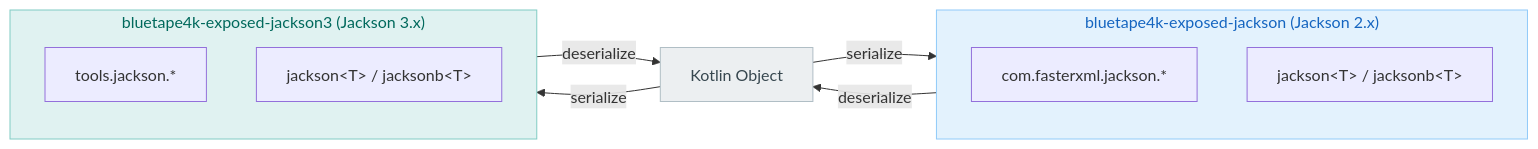
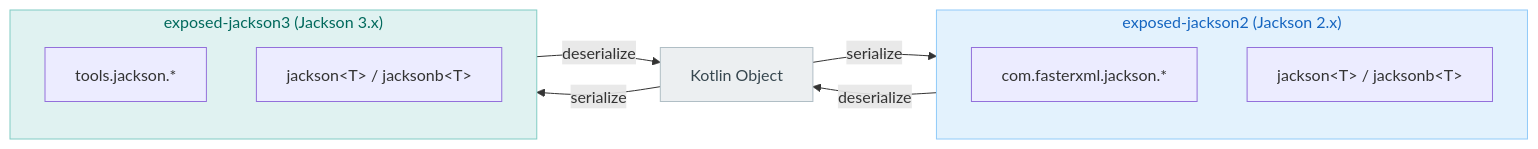
Before and after one commit to bluetape4k/bluetape4k-exposed: the third of 3 diagrams in exposed/exposed-jackson3/README.md, drawn with Mermaid. The commit also changed other lines of this file and 127 other files, not shown here.

````diff
--- a/exposed/exposed-jackson3/README.md
+++ b/exposed/exposed-jackson3/README.md
@@ -198,23 +198,23 @@
 ```mermaid
 flowchart LR
-    subgraph Jackson2["bluetape4k-exposed-jackson (Jackson 2.x)"]
+    subgraph Jackson2["exposed-jackson2 (Jackson 2.x)"]
         A2["com.fasterxml.jackson.*"]
         B2["jackson&lt;T&gt; / jacksonb&lt;T&gt;"]
     end
-    subgraph Jackson3["bluetape4k-exposed-jackson3 (Jackson 3.x)"]
+    subgraph Jackson3["exposed-jackson3 (Jackson 3.x)"]
         A3["tools.jackson.*"]
         B3["jackson&lt;T&gt; / jacksonb&lt;T&gt;"]
     end
     C[Kotlin Object] -->|serialize| Jackson2
     C -->|serialize| Jackson3
     Jackson2 -->|deserialize| C
     Jackson3 -->|deserialize| C
 
     classDef objectStyle fill:#ECEFF1,stroke:#B0BEC5,color:#37474F
     classDef jackson2Style fill:#E3F2FD,stroke:#90CAF9,color:#1565C0
     classDef jackson3Style fill:#E0F2F1,stroke:#80CBC4,color:#00695C
 
     class C objectStyle
     class Jackson2 jackson2Style
     class Jackson3 jackson3Style
 ```
````
